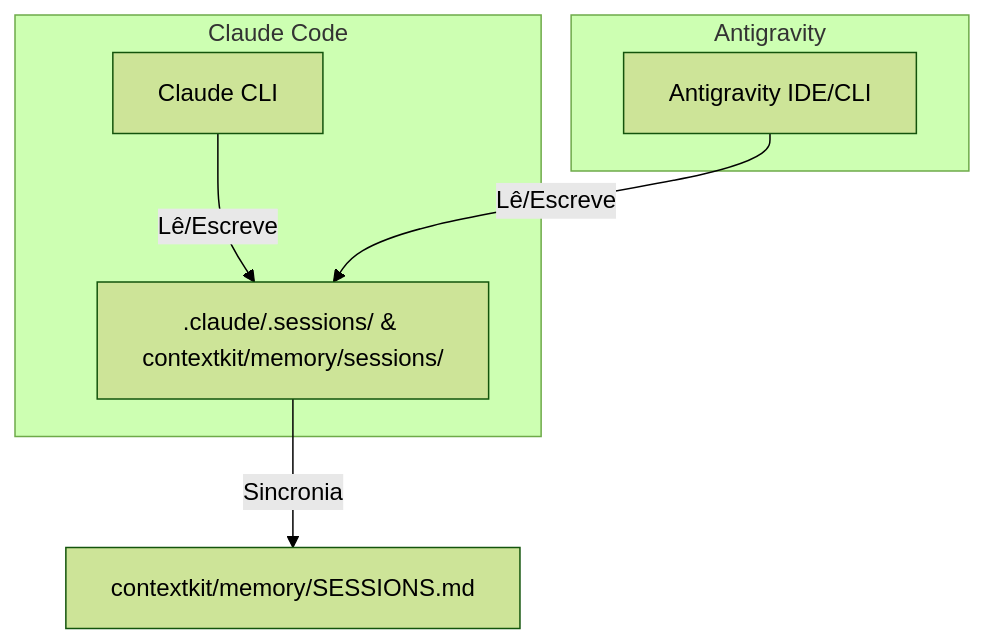
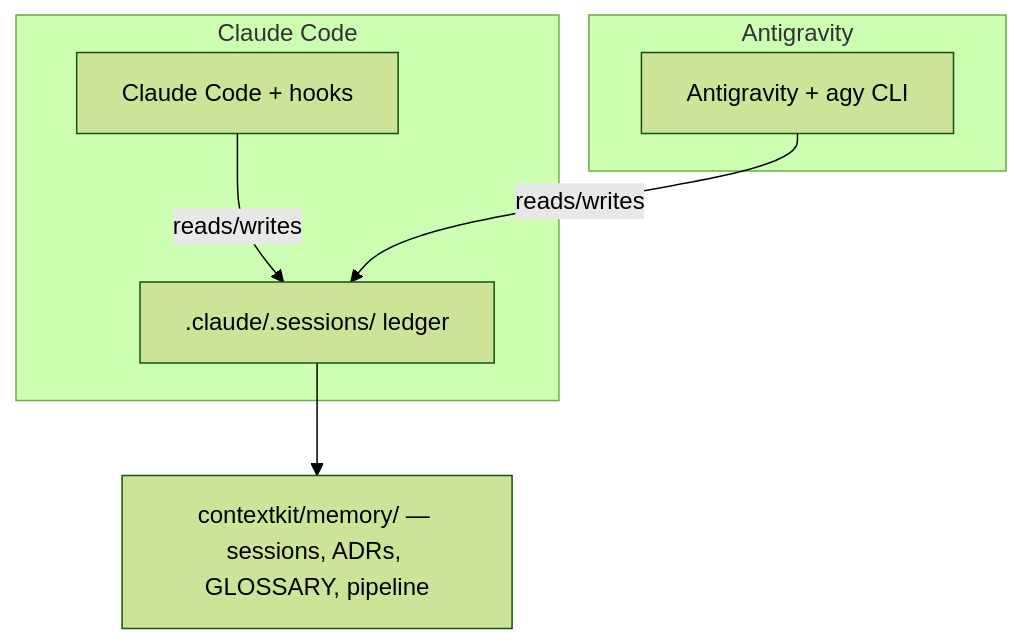
One commit to reiTavares/ContextDevKit changed the diagram in docs/ANTIGRAVITY.md. Above: the diagram before and after it, drawn with Mermaid (forest theme). The commit also changed other lines of this file and 4 other files, not shown here.

````diff
--- a/docs/ANTIGRAVITY.md
+++ b/docs/ANTIGRAVITY.md
@@ -79,10 +121,10 @@
 ```mermaid
 graph TD
     subgraph Claude Code
-        CC[Claude CLI] -->|Lê/Escreve| LEDGER[.claude/.sessions/ & contextkit/memory/sessions/]
+        CC[Claude Code + hooks] -->|reads/writes| LEDGER[.claude/.sessions/ ledger]
     end
     subgraph Antigravity
-        AG[Antigravity IDE/CLI] -->|Lê/Escreve| LEDGER
+        AG[Antigravity + agy CLI] -->|reads/writes| LEDGER
     end
-    LEDGER -->|Sincronia| MEM[contextkit/memory/SESSIONS.md]
+    LEDGER --> MEM[contextkit/memory/ — sessions, ADRs, GLOSSARY, pipeline]
 ```
````
